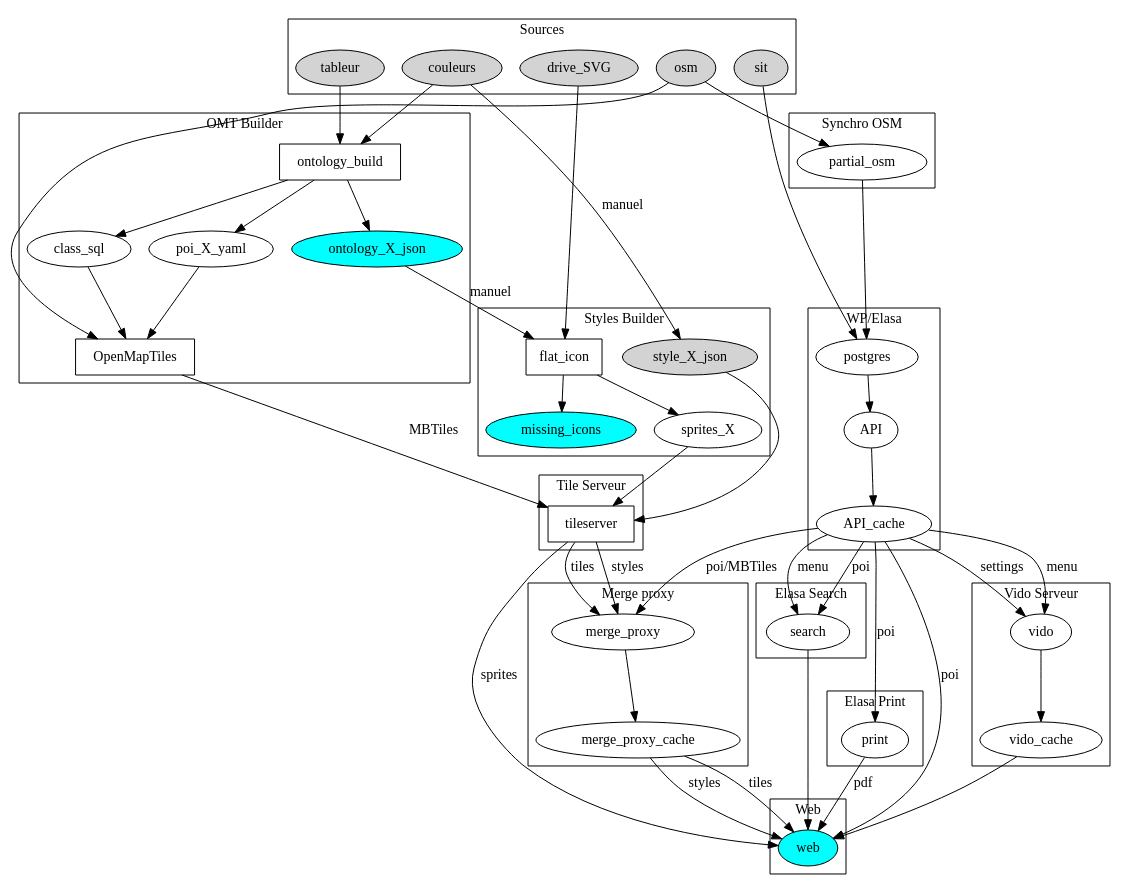
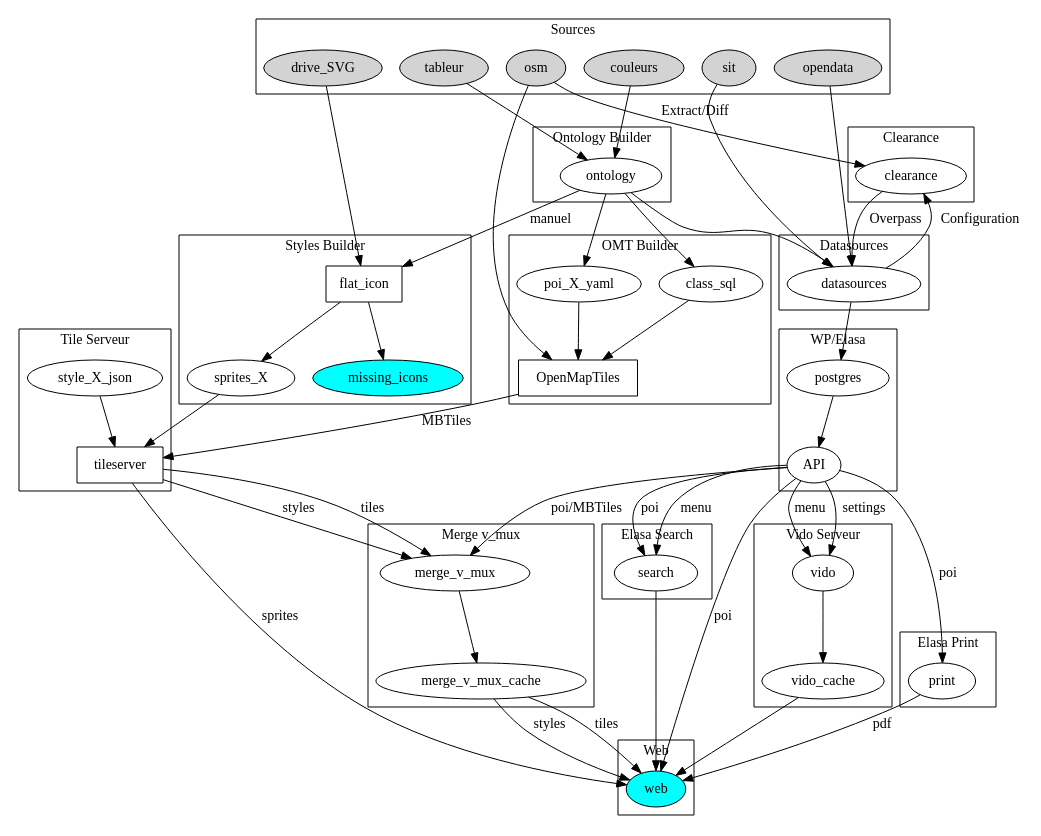
The diagram in doc/process.dot (teritorio/teritorio-gl-style-builder), drawn with Graphviz before and after one commit. The commit also changed 2 other files, not shown here.

```diff
--- a/doc/process.dot
+++ b/doc/process.dot
@@ -1,118 +1,126 @@
 digraph G {
     subgraph cluster_sources {
         label = "Sources";
 
         tableur [style=filled]
         couleurs [style=filled]
         drive_SVG [style=filled]
         osm [style=filled]
         sit [style=filled]
+        opendata [style=filled]
+    }
+
+    subgraph cluster_ontology {
+        label = "Ontology Builder";
+
+        tableur -> ontology;
+        couleurs -> ontology;
     }
 
     subgraph cluster_data {
         label = "OMT Builder";
 
-        tableur -> ontology_build;
-        couleurs -> ontology_build;
-        ontology_build -> class_sql;
-        ontology_build -> poi_X_yaml;
-        ontology_build -> ontology_X_json;
-        ontology_X_json [style=filled,fillcolor=cyan];
+        ontology -> class_sql;
+        ontology -> poi_X_yaml;
         class_sql -> OpenMapTiles;
         poi_X_yaml -> OpenMapTiles;
         osm -> OpenMapTiles;
 
-        ontology_build [shape=box]
         OpenMapTiles [shape=box]
     }
 
     subgraph cluster_style {
         label = "Styles Builder";
 
         drive_SVG -> flat_icon;
 
-        ontology_X_json -> flat_icon [label=manuel];
+        ontology -> flat_icon [label=manuel];
 
         flat_icon -> sprites_X;
         flat_icon -> missing_icons;
-        couleurs -> style_X_json [label=manuel];
 
         flat_icon [shape=box]
         missing_icons [style=filled,fillcolor=cyan]
         couleurs [style=filled]
-        style_X_json [style=filled]
     }
 
     subgraph cluster_tile_serveur {
         label = "Tile Serveur";
 
         style_X_json -> tileserver;
         sprites_X -> tileserver;
         OpenMapTiles -> tileserver [label=MBTiles];
 
         tileserver [shape=box]
     }
 
-    subgraph cluster_synchro_osm {
-        label = "Synchro OSM";
+    subgraph cluster_clearance {
+        label = "Clearance";
 
-        osm -> partial_osm;
+        osm -> clearance [label="Extract/Diff"];
+    }
+
+    subgraph cluster_datasources {
+        label = "Datasources";
+
+        opendata -> datasources;
+        sit -> datasources;
+        clearance -> datasources[label=Overpass];
+        ontology -> datasources;
+        datasources -> clearance [label=Configuration];
     }
 
     subgraph cluster_wp_elasa {
         label = "WP/Elasa";
 
-        sit -> postgres;
-        partial_osm -> postgres;
+        datasources -> postgres;
         postgres -> API;
-
-        API -> API_cache;
     }
 
 
-    subgraph cluster_merge_proxy {
-        label = "Merge proxy";
+    subgraph cluster_merge_v_mux {
+        label = "Merge v_mux";
 
-        tileserver -> merge_proxy [label=styles];
-        tileserver -> merge_proxy [label=tiles];
-        API_cache -> merge_proxy [label="poi/MBTiles"];
-        merge_proxy -> merge_proxy_cache;
+        tileserver -> merge_v_mux [label=styles];
+        tileserver -> merge_v_mux [label=tiles];
+        API -> merge_v_mux [label="poi/MBTiles"];
+        merge_v_mux -> merge_v_mux_cache;
     }
 
     subgraph cluster_viso_server {
         label = "Vido Serveur";
 
-        API_cache -> vido [label=settings];
-        API_cache -> vido [label=menu];
+        API -> vido [label=settings];
+        API -> vido [label=menu];
 
         vido -> vido_cache;
     }
 
     subgraph cluster_elasa_search {
         label = "Elasa Search";
 
-        API_cache -> search [label=menu];
-        API_cache -> search [label=poi];
+        API -> search [label=menu];
+        API -> search [label=poi];
     }
 
     subgraph cluster_elasa_print {
         label = "Elasa Print";
 
-        API_cache -> print [label=poi];
+        API -> print [label=poi];
     }
 
     subgraph cluster_web {
         label = "Web";
 
-        merge_proxy_cache -> web [label=styles];
-        merge_proxy_cache -> web [label=tiles];
+        merge_v_mux_cache -> web [label=styles];
+        merge_v_mux_cache -> web [label=tiles];
         tileserver -> web [label=sprites];
 
         vido_cache -> web;
-        API_cache -> web [label=poi];
+        API -> web [label=poi];
         search -> web;
         print -> web [label=pdf];
 
         web [style=filled,fillcolor=cyan]
     }
 }
```
